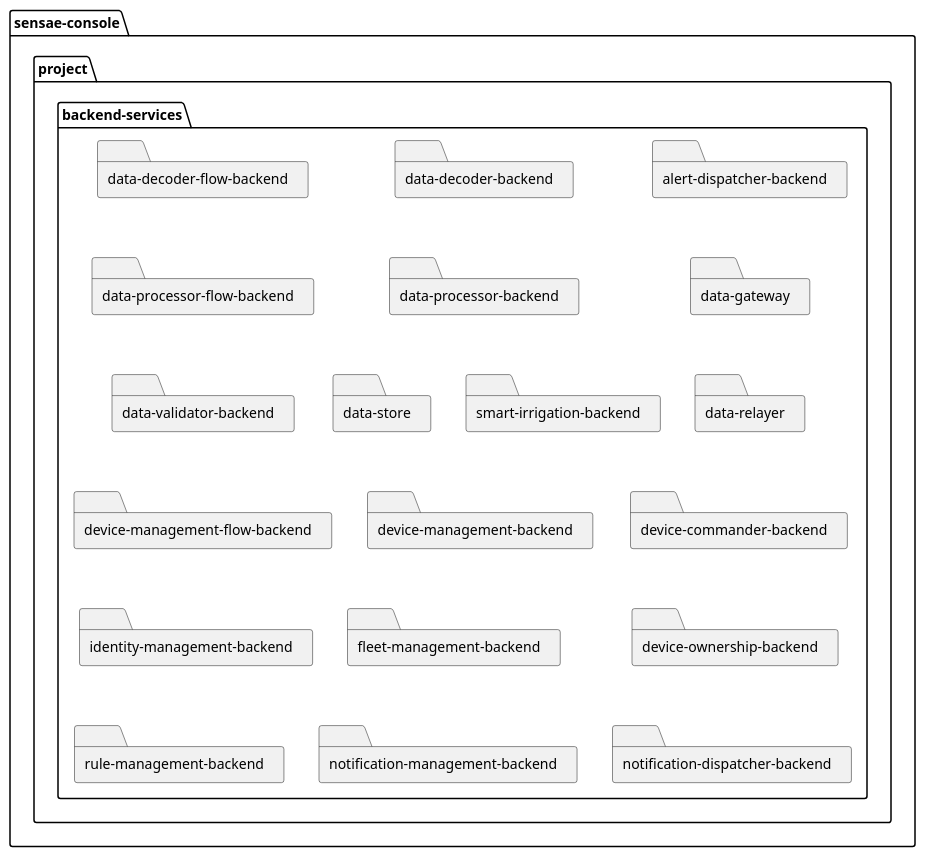
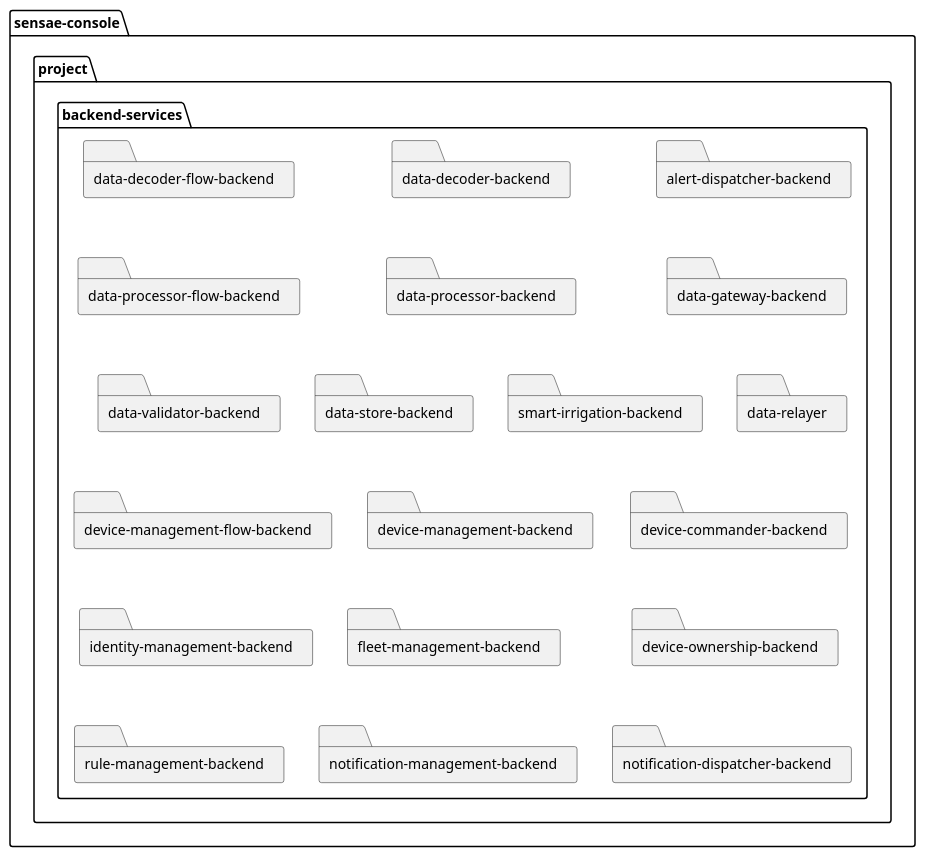
Before and after one commit to FilipeMCruz/dissertation: the diagram in assets/diagrams/design/architectural/level2/development/backend.pu, drawn with PlantUML. The commit also changed 32 other files, not shown here.

```diff
--- a/assets/diagrams/design/architectural/level2/development/backend.pu
+++ b/assets/diagrams/design/architectural/level2/development/backend.pu
@@ -1,49 +1,49 @@
 @startuml backend
 
 folder "sensae-console" {
     folder "project" {
         folder "backend-services" {
             folder "alert-dispatcher-backend" as a1
             folder "data-decoder-backend" as b1
             folder "data-decoder-flow-backend" as c1
-            folder "data-gateway" as a2
+            folder "data-gateway-backend" as a2
             folder "data-processor-backend" as b2
             folder "data-processor-flow-backend" as c2
             folder "data-relayer" as a3
-            folder "data-store" as b3
+            folder "data-store-backend" as b3
             folder "data-validator-backend" as c3
             folder "device-commander-backend" as a4
             folder "device-management-backend" as b4
             folder "device-management-flow-backend" as c4
             folder "device-ownership-backend" as a5
             folder "fleet-management-backend" as b5
             folder "identity-management-backend" as c5
             folder "notification-dispatcher-backend" as a6
             folder "notification-management-backend" as b6
             folder "rule-management-backend" as c6
             folder "smart-irrigation-backend" as a7
 
             a1 -[hidden]- a2
             a2 -[hidden]- a3
             a3 -[hidden]- a4
             a4 -[hidden]- a5
             a5 -[hidden]- a6
             b2 -[hidden]- a7
 
             b1 -[hidden]- b2
             b2 -[hidden]- b3
             b3 -[hidden]- b4
             b4 -[hidden]- b5
             b5 -[hidden]- b6
 
             c1 -[hidden]- c2
             c2 -[hidden]- c3
             c3 -[hidden]- c4
             c4 -[hidden]- c5
             c5 -[hidden]- c6
 
         }
     }
 }
 
 @enduml
```
